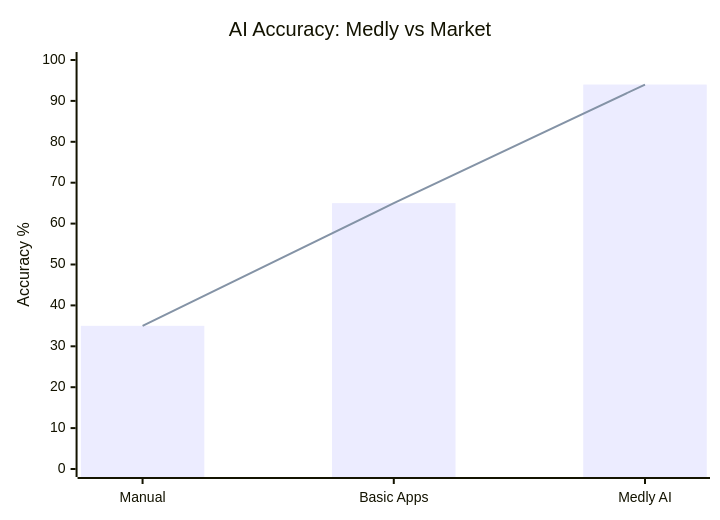
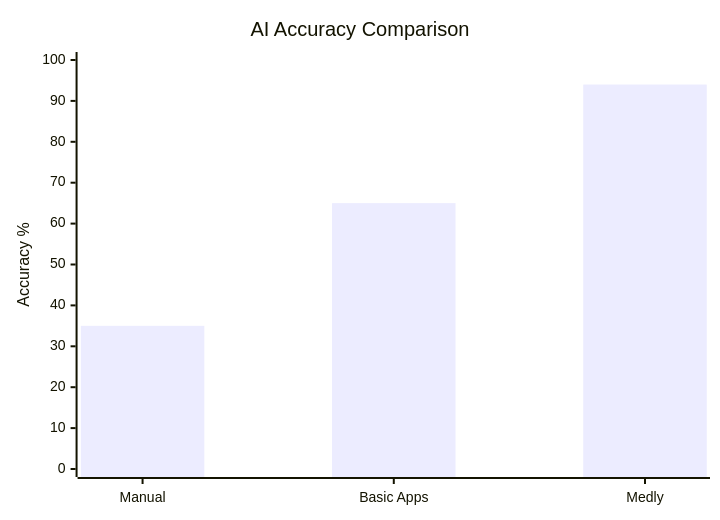
One commit to Iceman-Dann/Medly changed the third of 8 diagrams in README.md. Above: the diagram before and after it, drawn with Mermaid. The commit also changed other lines of this file, not shown here.

````diff
--- a/README.md
+++ b/README.md
@@ -51,8 +51,7 @@
 ```mermaid
 xychart-beta
-    title "AI Accuracy: Medly vs Market"
-    x-axis ["Manual", "Basic Apps", "Medly AI"]
+    title "AI Accuracy Comparison"
+    x-axis ["Manual", "Basic Apps", "Medly"]
     y-axis "Accuracy %" 0 --> 100
     bar [35, 65, 94]
-    line [35, 65, 94]
 ```
````
